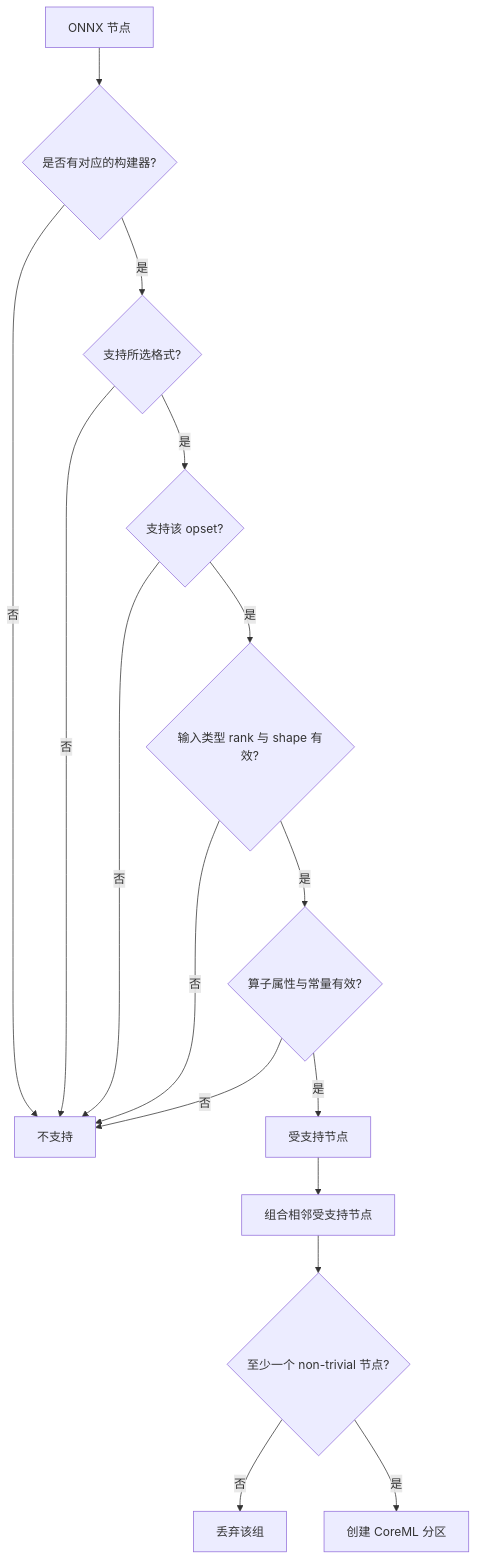
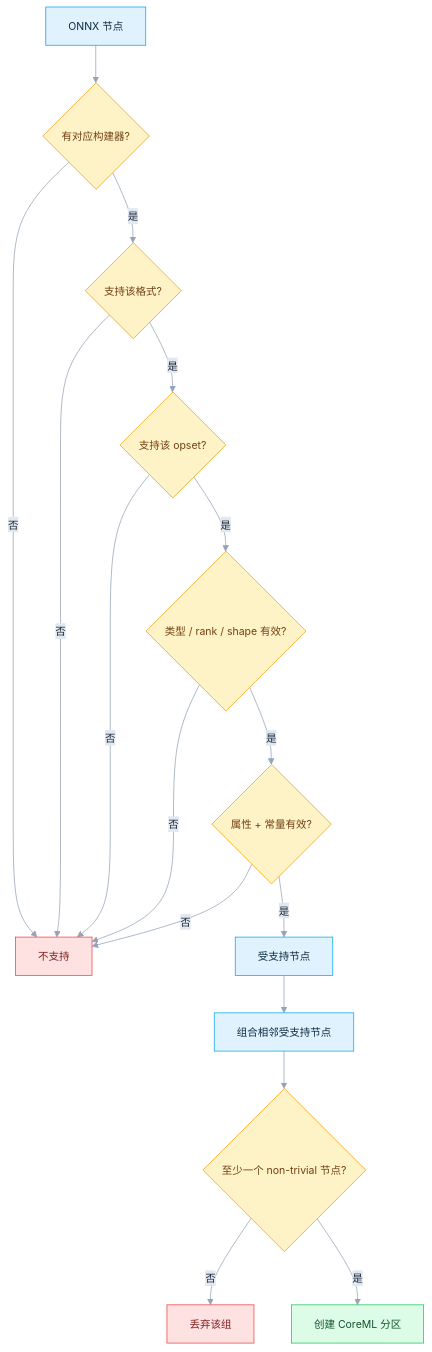
The seventh of 12 diagrams in Apple/README.zh-CN.md (DakeQQ/Tutorial-ONNX-Runtime-Execution-Providers), drawn with Mermaid before and after one commit. The commit also changed other lines of this file and 15 other files, not shown here.

````diff
--- a/Apple/README.zh-CN.md
+++ b/Apple/README.zh-CN.md
@@ -296,18 +402,27 @@
 ```mermaid
+%%{init: {"theme":"base","themeVariables":{"fontSize":"14px","lineColor":"#94a3b8","edgeLabelBackground":"#e2e8f0","primaryTextColor":"#1e293b"}}}%%
 flowchart TD
-  A[ONNX 节点] --> B{是否有对应的构建器?}
-  B -->|否| X[不支持]
-  B -->|是| C{支持所选格式?}
+  A["ONNX 节点"] --> B{"有对应构建器?"}
+  B -->|否| X["不支持"]
+  B -->|是| C{"支持该格式?"}
   C -->|否| X
-  C -->|是| D{支持该 opset?}
+  C -->|是| D{"支持该 opset?"}
   D -->|否| X
-  D -->|是| E{输入类型 rank 与 shape 有效?}
+  D -->|是| E{"类型 / rank / shape 有效?"}
   E -->|否| X
-  E -->|是| F{算子属性与常量有效?}
+  E -->|是| F{"属性 + 常量有效?"}
   F -->|否| X
-  F -->|是| G[受支持节点]
-  G --> H[组合相邻受支持节点]
-  H --> I{至少一个 non-trivial 节点?}
-  I -->|否| J[丢弃该组]
-  I -->|是| K[创建 CoreML 分区]
+  F -->|是| G["受支持节点"]
+  G --> H["组合相邻受支持节点"]
+  H --> I{"至少一个 non-trivial 节点?"}
+  I -->|否| J["丢弃该组"]
+  I -->|是| K["创建 CoreML 分区"]
+  classDef step fill:#e0f2fe,stroke:#0ea5e9,color:#0c2a3d;
+  classDef dec fill:#fef3c7,stroke:#f59e0b,color:#713f12;
+  classDef good fill:#dcfce7,stroke:#22c55e,color:#14532d;
+  classDef bad fill:#fee2e2,stroke:#ef4444,color:#7f1d1d;
+  class A,G,H step;
+  class B,C,D,E,F,I dec;
+  class K good;
+  class X,J bad;
 ```
````
